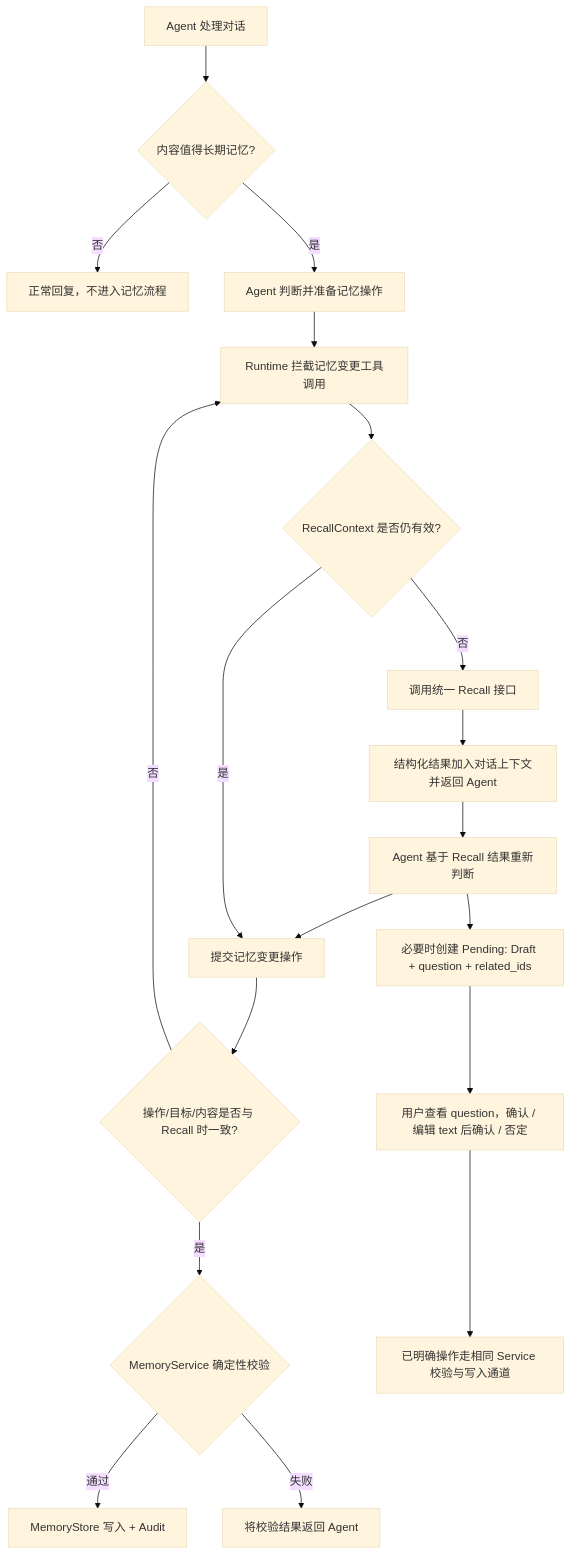
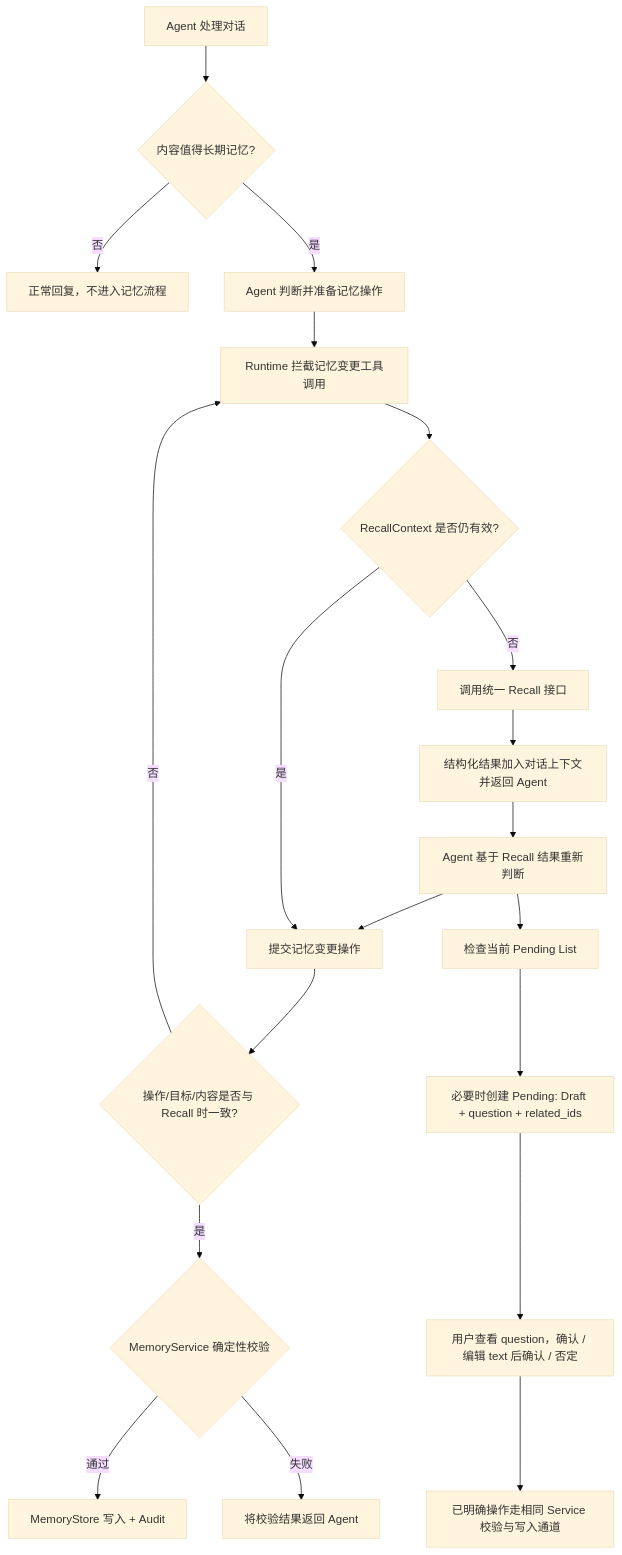
The first of 2 diagrams in docs/memory-design-2026-11-18.md (Shardkiht/syvrio), drawn with Mermaid (base theme) before and after one commit. The commit also changed other lines of this file, not shown here.

````diff
--- a/docs/memory-design-2026-11-18.md
+++ b/docs/memory-design-2026-11-18.md
@@ -266,21 +266,22 @@
 ```mermaid
 flowchart TD
     A[Agent 处理对话] --> B{内容值得长期记忆?}
     B -- 否 --> Z[正常回复，不进入记忆流程]
     B -- 是 --> C[Agent 判断并准备记忆操作]
     C --> D[Runtime 拦截记忆变更工具调用]
     D --> E{RecallContext 是否仍有效?}
     E -- 否 --> F[调用统一 Recall 接口]
     F --> G[结构化结果加入对话上下文并返回 Agent]
     G --> H[Agent 基于 Recall 结果重新判断]
     H --> I[提交记忆变更操作]
     E -- 是 --> I
     I --> J{操作/目标/内容是否与 Recall 时一致?}
     J -- 否 --> D
     J -- 是 --> K{MemoryService 确定性校验}
     K -- 通过 --> L[MemoryStore 写入 + Audit]
     K -- 失败 --> M[将校验结果返回 Agent]
-    H --> P[必要时创建 Pending: Draft + question + related_ids]
+    H --> Q[检查当前 Pending List]
+    Q --> P[必要时创建 Pending: Draft + question + related_ids]
     P --> U[用户查看 question，确认 / 编辑 text 后确认 / 否定]
     U --> V[已明确操作走相同 Service 校验与写入通道]
 ```
````
